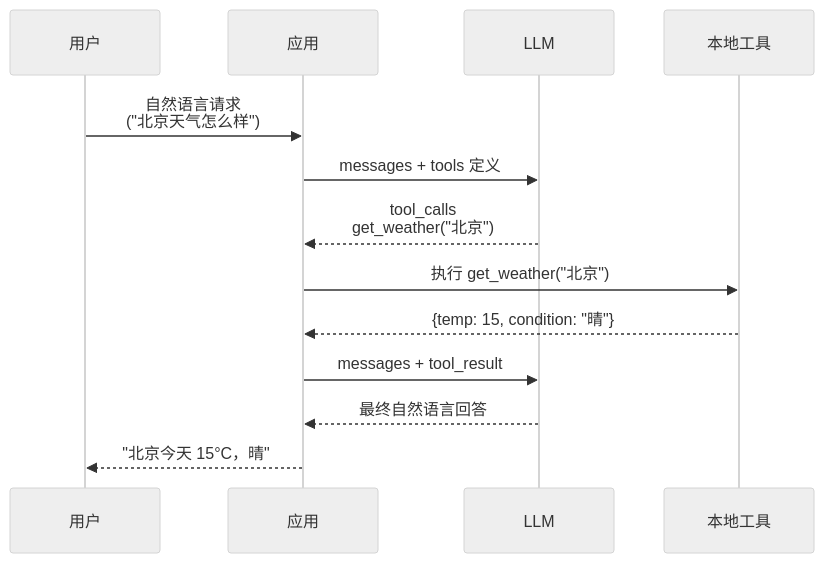
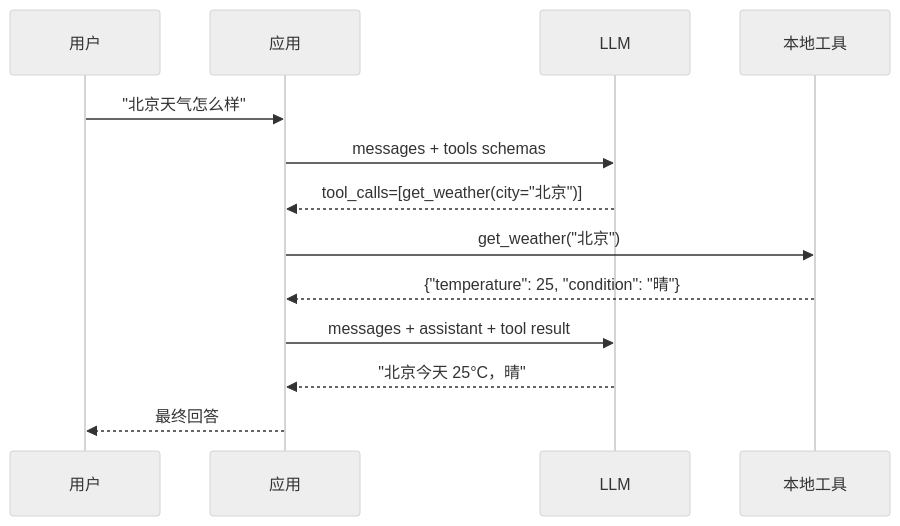
Before and after one commit to gocronx/llm: the diagram in 01-llm-function-call-demo/README.md, drawn with Mermaid (neutral theme). The commit also changed other lines of this file and 40 other files, not shown here.

````diff
--- a/01-llm-function-call-demo/README.md
+++ b/01-llm-function-call-demo/README.md
@@ -7,16 +7,16 @@
 ```mermaid
 sequenceDiagram
     participant U as 用户
     participant A as 应用
     participant L as LLM
     participant T as 本地工具
 
-    U->>A: 自然语言请求<br/>("北京天气怎么样")
-    A->>L: messages + tools 定义
-    L-->>A: tool_calls<br/>get_weather("北京")
-    A->>T: 执行 get_weather("北京")
-    T-->>A: {temp: 15, condition: "晴"}
-    A->>L: messages + tool_result
-    L-->>A: 最终自然语言回答
-    A-->>U: "北京今天 15°C，晴"
+    U->>A: "北京天气怎么样"
+    A->>L: messages + tools schemas
+    L-->>A: tool_calls=[get_weather(city="北京")]
+    A->>T: get_weather("北京")
+    T-->>A: {"temperature": 25, "condition": "晴"}
+    A->>L: messages + assistant + tool result
+    L-->>A: "北京今天 25°C，晴"
+    A-->>U: 最终回答
 ```
````
